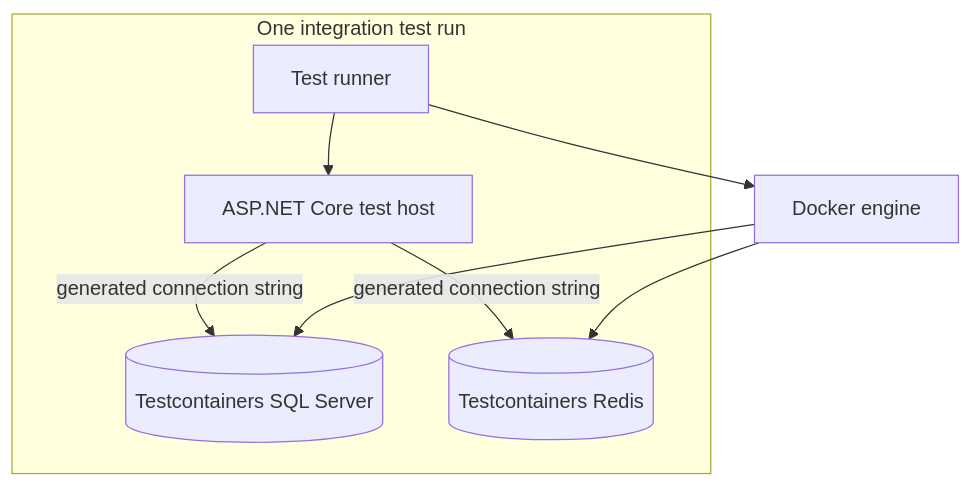
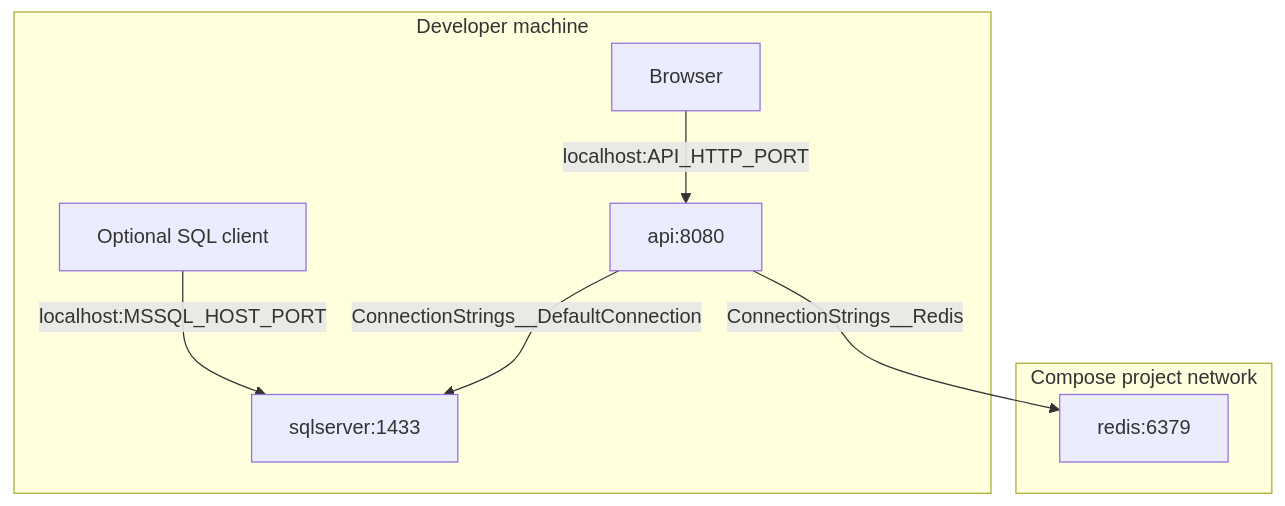
Before and after one commit to ahmedadel977/MechanicShop-V2: the second of 3 diagrams in docs/DOCKER.md, drawn with Mermaid. The commit also changed other lines of this file and 422 other files, not shown here.

````diff
--- a/docs/DOCKER.md
+++ b/docs/DOCKER.md
@@ -37,15 +72,16 @@
 ```mermaid
 flowchart TB
-    subgraph TestRun[One integration test run]
-        Runner[Test runner]
-        API[ASP.NET Core test host]
-        SQL[(Testcontainers SQL Server)]
-        Redis[(Testcontainers Redis)]
-        Runner --> API
-        API -->|generated connection string| SQL
-        API -->|generated connection string| Redis
+    subgraph Host[Developer machine]
+        Browser[Browser]
+        SQLClient[Optional SQL client]
+        Browser -->|localhost:API_HTTP_PORT| API
+        SQLClient -->|localhost:MSSQL_HOST_PORT| SQL
     end
-    Runner --> Docker[Docker engine]
-    Docker --> SQL
-    Docker --> Redis
+    subgraph Network[Compose project network]
+        API[api:8080]
+        SQL[sqlserver:1433]
+        Cache[redis:6379]
+        API -->|ConnectionStrings__DefaultConnection| SQL
+        API -->|ConnectionStrings__Redis| Cache
+    end
 ```
````
